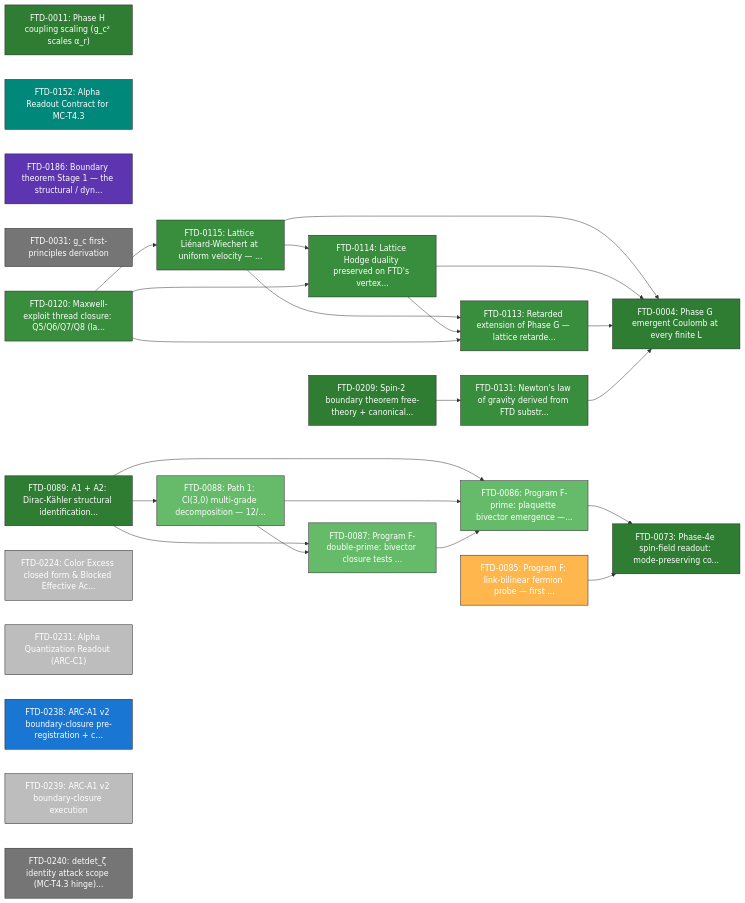
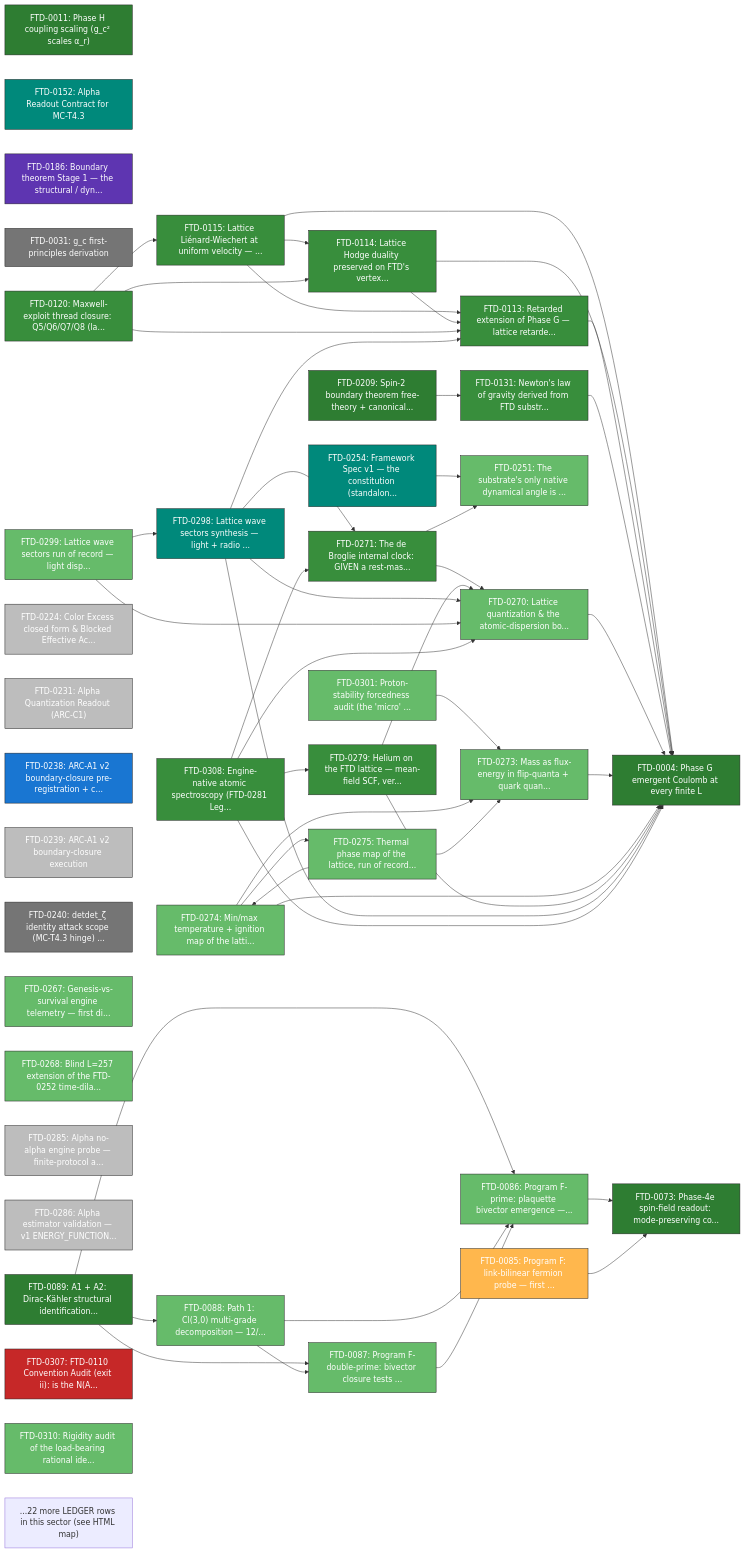
The second of 16 diagrams in docs/theory/09_mathematical/NODE_MAP_FTD_MATH.md (cpaci-tani/Foundational-Ternary-Dynamics), drawn with Mermaid before and after one commit. The commit also changed other lines of this file and 1 other file, not shown here.

First line of the commit message:
docs+scripts: FTD-0360 item 3 -- regenerate math node map from corrected LEDGER

````diff
--- a/docs/theory/09_mathematical/NODE_MAP_FTD_MATH.md
+++ b/docs/theory/09_mathematical/NODE_MAP_FTD_MATH.md
@@ -152,8 +161,44 @@
     style FTD_0238 fill:#1976d2,color:white,stroke:#222,stroke-width:1px
     FTD_0239["FTD-0239: ARC-A1 v2 boundary-closure execution"]
     style FTD_0239 fill:#bdbdbd,color:white,stroke:#222,stroke-width:1px
-    FTD_0240["FTD-0240: detdet_ζ identity attack scope (MC-T4.3 hinge)..."]
+    FTD_0240["FTD-0240: detdet_ζ identity attack scope (MC-T4.3 hinge) ..."]
     style FTD_0240 fill:#757575,color:white,stroke:#222,stroke-width:1px
+    FTD_0251["FTD-0251: The substrate's only native dynamical angle is ..."]
+    style FTD_0251 fill:#66bb6a,color:white,stroke:#222,stroke-width:1px
+    FTD_0254["FTD-0254: Framework Spec v1 — the constitution (standalon..."]
+    style FTD_0254 fill:#00897b,color:white,stroke:#222,stroke-width:1px
+    FTD_0267["FTD-0267: Genesis-vs-survival engine telemetry — first di..."]
+    style FTD_0267 fill:#66bb6a,color:white,stroke:#222,stroke-width:1px
+    FTD_0268["FTD-0268: Blind L=257 extension of the FTD-0252 time-dila..."]
+    style FTD_0268 fill:#66bb6a,color:white,stroke:#222,stroke-width:1px
+    FTD_0301["FTD-0301: Proton-stability forcedness audit (the 'micro' ..."]
+    style FTD_0301 fill:#66bb6a,color:white,stroke:#222,stroke-width:1px
+    FTD_0270["FTD-0270: Lattice quantization & the atomic-dispersion bo..."]
+    style FTD_0270 fill:#66bb6a,color:white,stroke:#222,stroke-width:1px
+    FTD_0271["FTD-0271: The de Broglie internal clock: GIVEN a rest-mas..."]
+    style FTD_0271 fill:#388e3c,color:white,stroke:#222,stroke-width:1px
+    FTD_0273["FTD-0273: Mass as flux-energy in flip-quanta + quark quan..."]
+    style FTD_0273 fill:#66bb6a,color:white,stroke:#222,stroke-width:1px
+    FTD_0274["FTD-0274: Min/max temperature + ignition map of the latti..."]
+    style FTD_0274 fill:#66bb6a,color:white,stroke:#222,stroke-width:1px
+    FTD_0275["FTD-0275: Thermal phase map of the lattice, run of record..."]
+    style FTD_0275 fill:#66bb6a,color:white,stroke:#222,stroke-width:1px
+    FTD_0279["FTD-0279: Helium on the FTD lattice — mean-field SCF, ver..."]
+    style FTD_0279 fill:#388e3c,color:white,stroke:#222,stroke-width:1px
+    FTD_0285["FTD-0285: Alpha no-alpha engine probe — finite-protocol a..."]
+    style FTD_0285 fill:#bdbdbd,color:white,stroke:#222,stroke-width:1px
+    FTD_0286["FTD-0286: Alpha estimator validation — v1 ENERGY_FUNCTION..."]
+    style FTD_0286 fill:#bdbdbd,color:white,stroke:#222,stroke-width:1px
+    FTD_0298["FTD-0298: Lattice wave sectors synthesis — light + radio ..."]
+    style FTD_0298 fill:#00897b,color:white,stroke:#222,stroke-width:1px
+    FTD_0299["FTD-0299: Lattice wave sectors run of record — light disp..."]
+    style FTD_0299 fill:#66bb6a,color:white,stroke:#222,stroke-width:1px
+    FTD_0307["FTD-0307: FTD-0110 Convention Audit (exit ii): is the N(A..."]
+    style FTD_0307 fill:#c62828,color:white,stroke:#222,stroke-width:1px
+    FTD_0308["FTD-0308: Engine-native atomic spectroscopy (FTD-0281 Leg..."]
+    style FTD_0308 fill:#388e3c,color:white,stroke:#222,stroke-width:1px
+    FTD_0310["FTD-0310: Rigidity audit of the load-bearing rational ide..."]
+    style FTD_0310 fill:#66bb6a,color:white,stroke:#222,stroke-width:1px
     FTD_0115 --> FTD_0004
     FTD_0115 --> FTD_0113
     FTD_0115 --> FTD_0114
@@ -173,4 +218,28 @@
     FTD_0085 --> FTD_0073
     FTD_0131 --> FTD_0004
     FTD_0209 --> FTD_0131
+    FTD_0254 --> FTD_0251
+    FTD_0301 --> FTD_0273
+    FTD_0270 --> FTD_0004
+    FTD_0271 --> FTD_0251
+    FTD_0271 --> FTD_0270
+    FTD_0273 --> FTD_0004
+    FTD_0274 --> FTD_0004
+    FTD_0274 --> FTD_0273
+    FTD_0274 --> FTD_0275
+    FTD_0275 --> FTD_0273
+    FTD_0275 --> FTD_0274
+    FTD_0279 --> FTD_0004
+    FTD_0279 --> FTD_0270
+    FTD_0298 --> FTD_0004
+    FTD_0298 --> FTD_0113
+    FTD_0298 --> FTD_0270
+    FTD_0298 --> FTD_0271
+    FTD_0299 --> FTD_0270
+    FTD_0299 --> FTD_0298
+    FTD_0308 --> FTD_0004
+    FTD_0308 --> FTD_0270
+    FTD_0308 --> FTD_0271
+    FTD_0308 --> FTD_0279
+    note["...22 more LEDGER rows in this sector (see HTML map)"]
 ```
````
